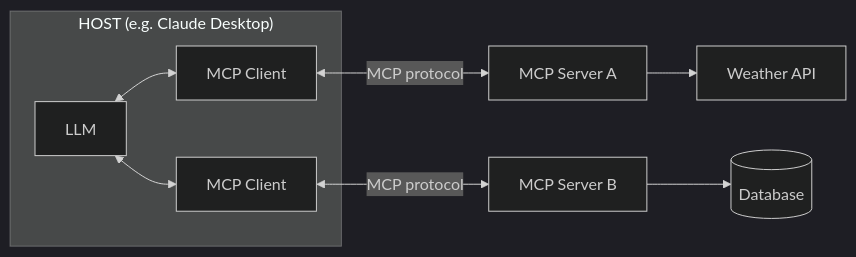
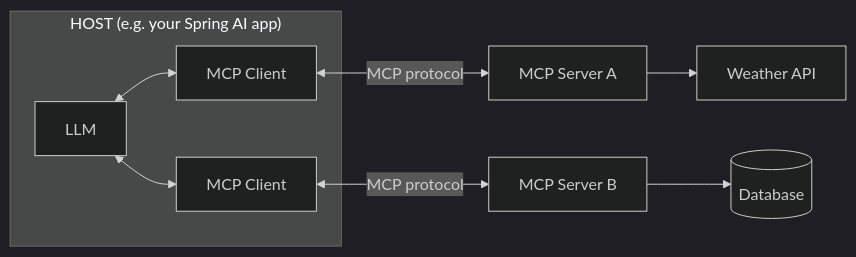
The first of 4 diagrams in mcp/README.md (dilipsundarraj1/spring-ai), drawn with Mermaid (dark theme) before and after one commit. The commit also changed other lines of this file and 3 other files, not shown here.

````diff
--- a/mcp/README.md
+++ b/mcp/README.md
@@ -151,20 +151,20 @@
 ```mermaid
 flowchart LR
-    subgraph Host["HOST (e.g. Claude Desktop)"]
+    subgraph Host["HOST (e.g. your Spring AI app)"]
         LLM["LLM"]
         C1["MCP Client"]
         C2["MCP Client"]
         LLM <--> C1
         LLM <--> C2
     end
 
     S1["MCP Server A"]
     S2["MCP Server B"]
     API["Weather API"]
     DB[("Database")]
 
     C1 <-- MCP protocol --> S1
     C2 <-- MCP protocol --> S2
     S1 --> API
     S2 --> DB
 ```
````
